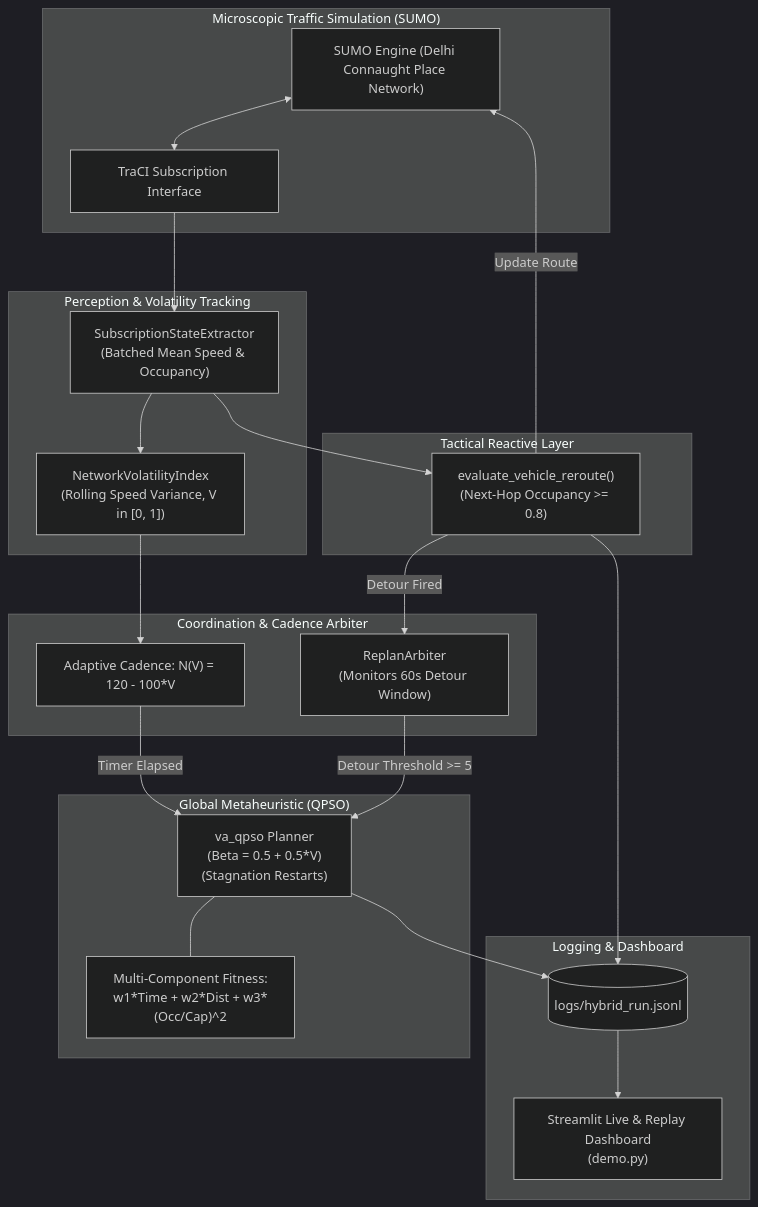
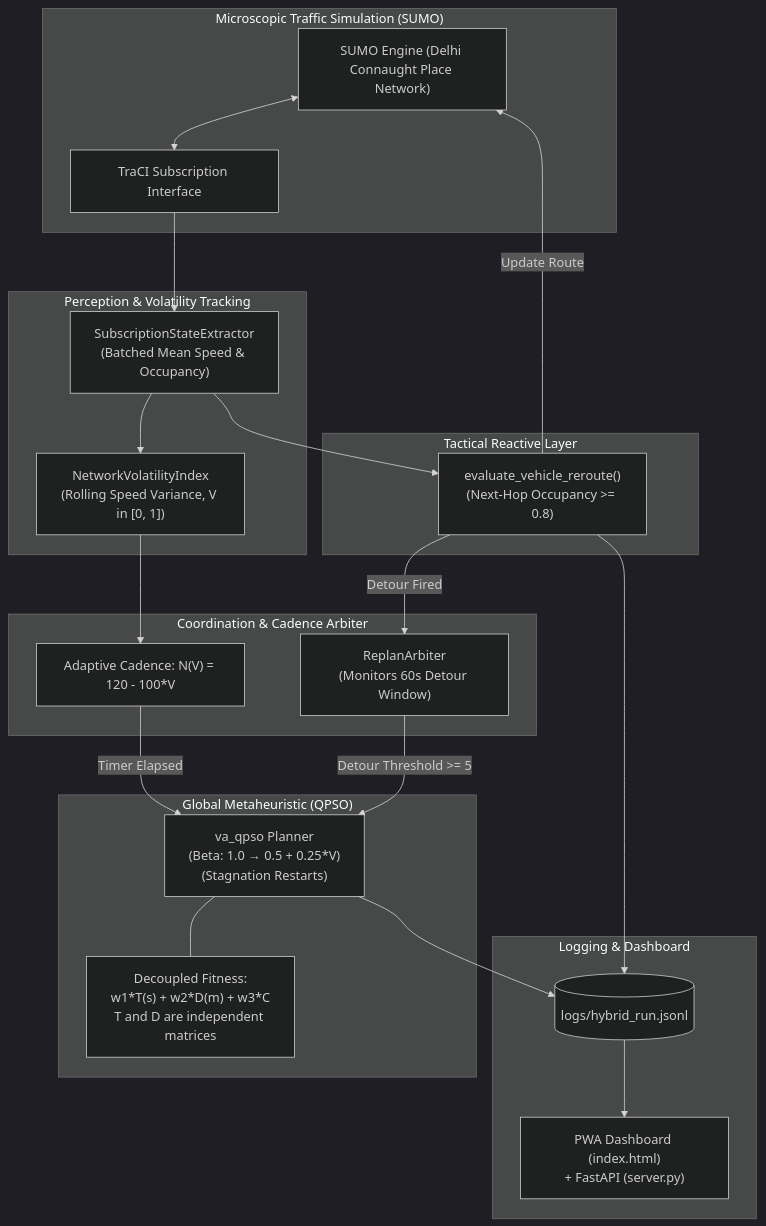
Before and after one commit to yuvrajsharmaaa/RLTrafficManagment: the first of 2 diagrams in README.md, drawn with Mermaid (dark theme). The commit also changed other lines of this file and 5 other files, not shown here.

Commit message:
feat: add QPSO planner, FastAPI backend, frontend exporter, and test suites

````diff
--- a/README.md
+++ b/README.md
@@ -94,44 +95,44 @@
 ```mermaid
 flowchart TD
     subgraph Simulation_Environment ["Microscopic Traffic Simulation (SUMO)"]
         SUMO["SUMO Engine (Delhi Connaught Place Network)"]
         TraCI["TraCI Subscription Interface"]
         SUMO <--> TraCI
     end
 
     subgraph State_And_Volatility ["Perception & Volatility Tracking"]
         Extractor["SubscriptionStateExtractor\n(Batched Mean Speed & Occupancy)"]
         VolCalc["NetworkVolatilityIndex\n(Rolling Speed Variance, V in [0, 1])"]
         TraCI --> Extractor
         Extractor --> VolCalc
     end
 
     subgraph Control_Arbiter ["Coordination & Cadence Arbiter"]
         Cadence["Adaptive Cadence: N(V) = 120 - 100*V"]
         Arbiter["ReplanArbiter\n(Monitors 60s Detour Window)"]
         VolCalc --> Cadence
     end
 
     subgraph Route_Optimization ["Global Metaheuristic (QPSO)"]
-        QPSO["va_qpso Planner\n(Beta = 0.5 + 0.5*V)\n(Stagnation Restarts)"]
-        Objective["Multi-Component Fitness:\nw1*Time + w2*Dist + w3*(Occ/Cap)^2"]
+        QPSO["va_qpso Planner\n(Beta: 1.0 → 0.5 + 0.25*V)\n(Stagnation Restarts)"]
+        Objective["Decoupled Fitness:\nw1*T(s) + w2*D(m) + w3*C\nT and D are independent matrices"]
         Cadence -->|Timer Elapsed| QPSO
         Arbiter -->|Detour Threshold >= 5| QPSO
         QPSO --- Objective
     end
 
     subgraph Local_Detour ["Tactical Reactive Layer"]
         Reactive["evaluate_vehicle_reroute()\n(Next-Hop Occupancy >= 0.8)"]
         Extractor --> Reactive
         Reactive -->|Detour Fired| Arbiter
         Reactive -->|Update Route| SUMO
     end
 
     subgraph Telemetry ["Logging & Dashboard"]
         Log[("logs/hybrid_run.jsonl")]
-        UI["Streamlit Live & Replay Dashboard\n(demo.py)"]
+        UI["PWA Dashboard (index.html)\n+ FastAPI (server.py)"]
         QPSO --> Log
         Reactive --> Log
         Log --> UI
     end
 ```
````
